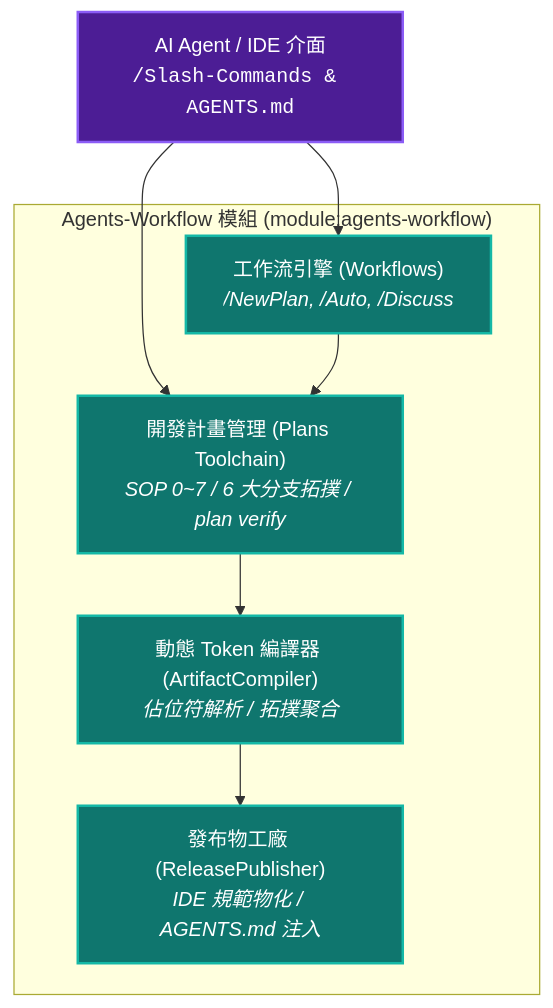
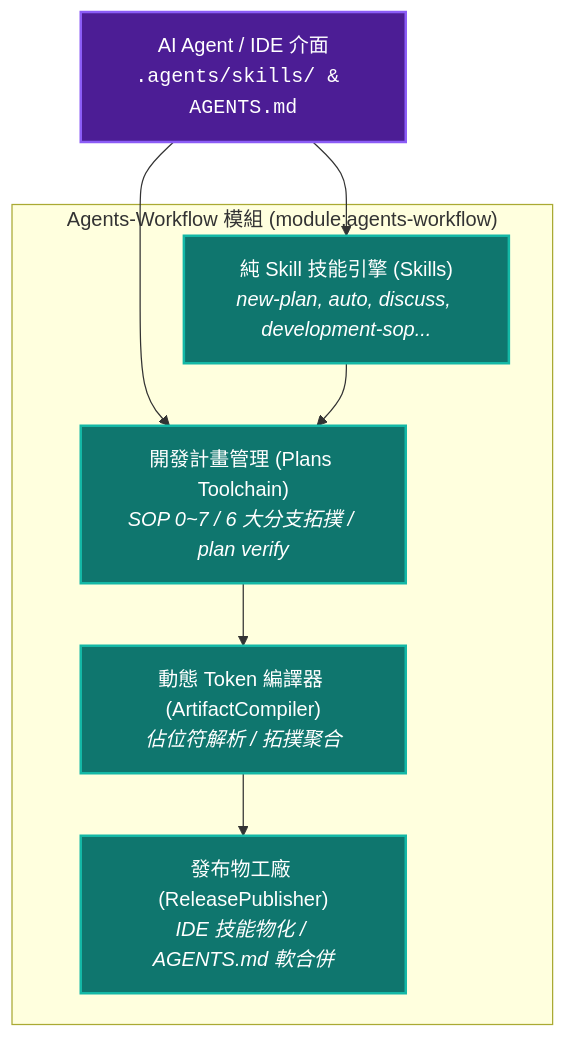
One commit to ysnaive/ys-codebase changed the first of 2 diagrams in ys_codebase/source/agents-workflow/README.md. Above: the diagram before and after it, drawn with Mermaid. The commit also changed other lines of this file and 33 other files, not shown here.

````diff
--- a/ys_codebase/source/agents-workflow/README.md
+++ b/ys_codebase/source/agents-workflow/README.md
@@ -12,20 +41,20 @@
 ```mermaid
 graph TD
     classDef main fill:#4c1d95,stroke:#8b5cf6,stroke-width:2px,color:#fff;
     classDef sub fill:#0f766e,stroke:#14b8a6,stroke-width:2px,color:#fff;
 
-    IDE["AI Agent / IDE 介面<br/><code>/Slash-Commands & AGENTS.md</code>"]:::main
+    IDE["AI Agent / IDE 介面<br/><code>.agents/skills/ & AGENTS.md</code>"]:::main
 
     subgraph WorkflowModule ["Agents-Workflow 模組 (module:agents-workflow)"]
-        Workflows["工作流引擎 (Workflows)<br/><i>/NewPlan, /Auto, /Discuss</i>"]:::sub
+        Skills["純 Skill 技能引擎 (Skills)<br/><i>new-plan, auto, discuss, development-sop...</i>"]:::sub
         PlanManager["開發計畫管理 (Plans Toolchain)<br/><i>SOP 0~7 / 6 大分支拓撲 / plan verify</i>"]:::sub
         Compiler["動態 Token 編譯器 (ArtifactCompiler)<br/><i>佔位符解析 / 拓撲聚合</i>"]:::sub
-        Publisher["發布物工廠 (ReleasePublisher)<br/><i>IDE 規範物化 / AGENTS.md 注入</i>"]:::sub
+        Publisher["發布物工廠 (ReleasePublisher)<br/><i>IDE 技能物化 / AGENTS.md 軟合併</i>"]:::sub
     end
 
-    IDE --> Workflows
+    IDE --> Skills
     IDE --> PlanManager
-    Workflows --> PlanManager
+    Skills --> PlanManager
     PlanManager --> Compiler
     Compiler --> Publisher
 ```
````
